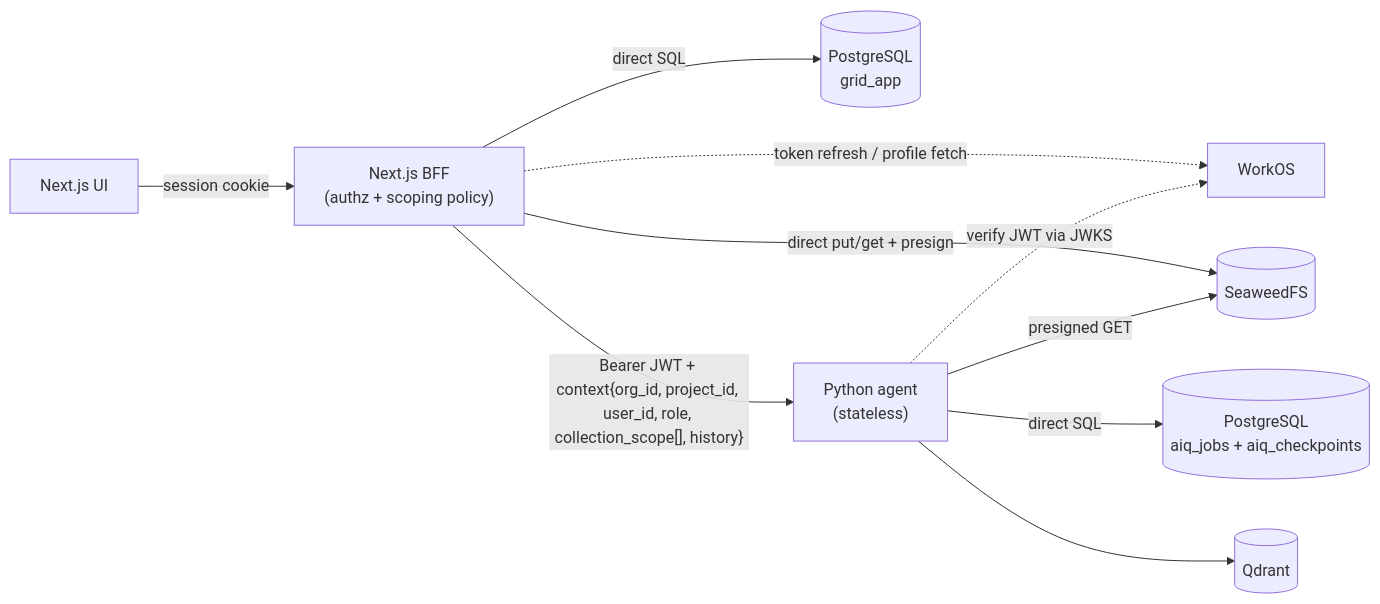
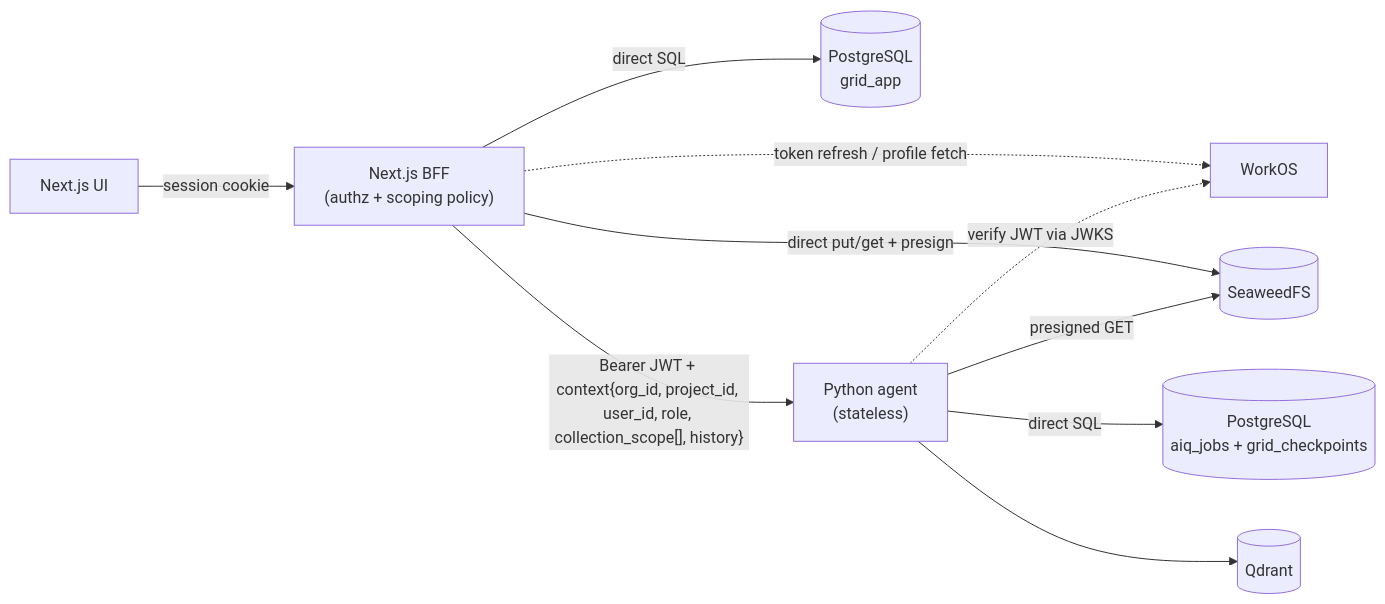
One commit to archos-at/archos changed the second of 15 diagrams in docs/architecture/multitenancy-and-auth-spec.md. Above: the diagram before and after it, drawn with Mermaid. The commit also changed other lines of this file and 43 other files, not shown here.

````diff
--- a/docs/architecture/multitenancy-and-auth-spec.md
+++ b/docs/architecture/multitenancy-and-auth-spec.md
@@ -162,21 +162,21 @@
 ```mermaid
 flowchart LR
     UI["Next.js UI"]
     BFF["Next.js BFF<br/>(authz + scoping policy)"]
     PGApp[("PostgreSQL\ngrid_app")]
-    PGAgent[("PostgreSQL\naiq_jobs + aiq_checkpoints")]
+    PGAgent[("PostgreSQL\naiq_jobs + grid_checkpoints")]
     Obj[("SeaweedFS")]
     Py["Python agent\n(stateless)"]
     Vec[("Qdrant")]
     WorkOS["WorkOS"]
 
     UI -->|session cookie| BFF
     BFF -. token refresh / profile fetch .-> WorkOS
     BFF -->|direct SQL| PGApp
     Py -->|direct SQL| PGAgent
     BFF -->|direct put/get + presign| Obj
     BFF -->|"Bearer JWT + context{org_id, project_id, user_id, role, collection_scope[], history}"| Py
     Py -. verify JWT via JWKS .-> WorkOS
     Py --> Vec
     Py -->|presigned GET| Obj
 ```
````
